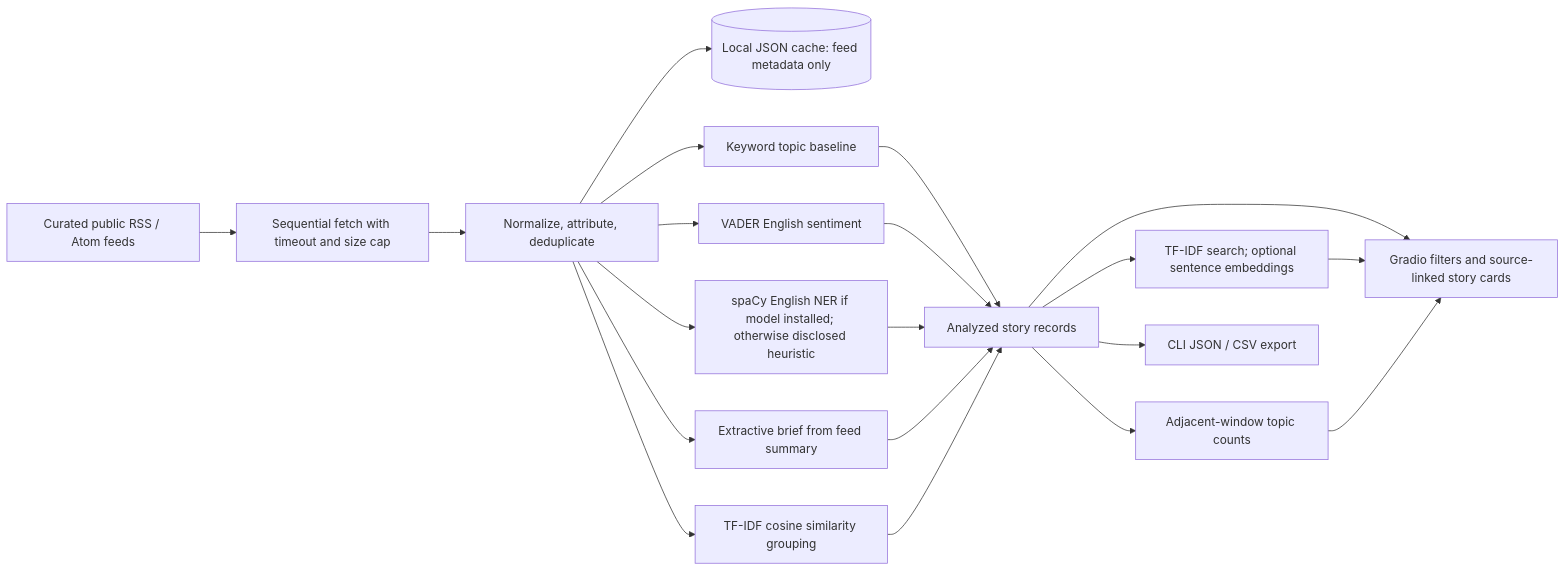
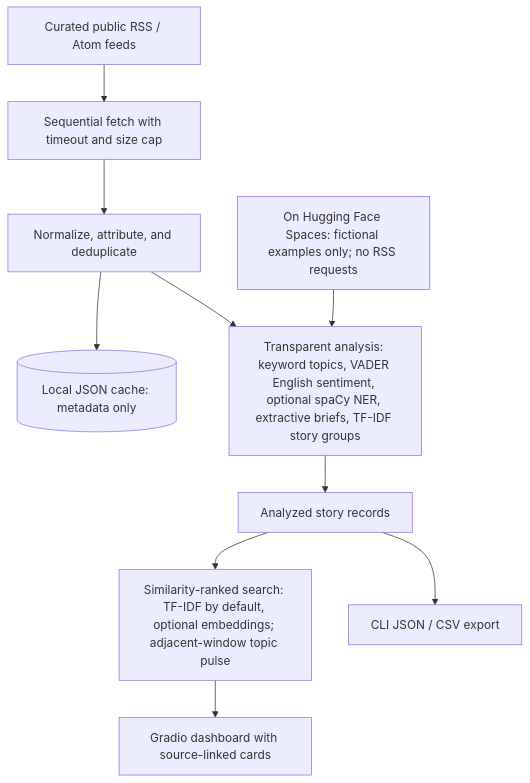
Before and after one commit to bereket74/Project_1: the diagram in docs/architecture.md, drawn with Mermaid. The commit also changed 8 other files, not shown here.

Commit message:
feat: add synthetic-only demo mode for Spaces

````diff
--- a/docs/architecture.md
+++ b/docs/architecture.md
@@ -3,22 +3,12 @@
 ```mermaid
-flowchart LR
-  F[Curated public RSS / Atom feeds] --> C[Sequential fetch with timeout and size cap]
-  C --> N[Normalize, attribute, deduplicate]
-  N --> S[(Local JSON cache: feed metadata only)]
-  N --> T[Keyword topic baseline]
-  N --> V[VADER English sentiment]
-  N --> E[spaCy English NER if model installed; otherwise disclosed heuristic]
-  N --> B[Extractive brief from feed summary]
-  N --> X[TF-IDF cosine similarity grouping]
-  P --> Q[TF-IDF search; optional sentence embeddings]
-  P --> R[Adjacent-window topic counts]
-  T --> P[Analyzed story records]
-  V --> P
-  E --> P
-  B --> P
-  X --> P
-  P --> G[Gradio filters and source-linked story cards]
-  Q --> G
-  R --> G
-  P --> D[CLI JSON / CSV export]
+flowchart TB
+  feeds[Curated public RSS / Atom feeds] --> collector[Sequential fetch with timeout and size cap]
+  collector --> normalize[Normalize, attribute, and deduplicate]
+  normalize --> cache[(Local JSON cache: metadata only)]
+  demo[On Hugging Face Spaces: fictional examples only; no RSS requests] --> analysis
+  normalize --> analysis[Transparent analysis: keyword topics, VADER English sentiment, optional spaCy NER, extractive briefs, TF-IDF story groups]
+  analysis --> records[Analyzed story records]
+  records --> discovery[Similarity-ranked search: TF-IDF by default, optional embeddings; adjacent-window topic pulse]
+  discovery --> dashboard[Gradio dashboard with source-linked cards]
+  records --> cli[CLI JSON / CSV export]
 ```
````
